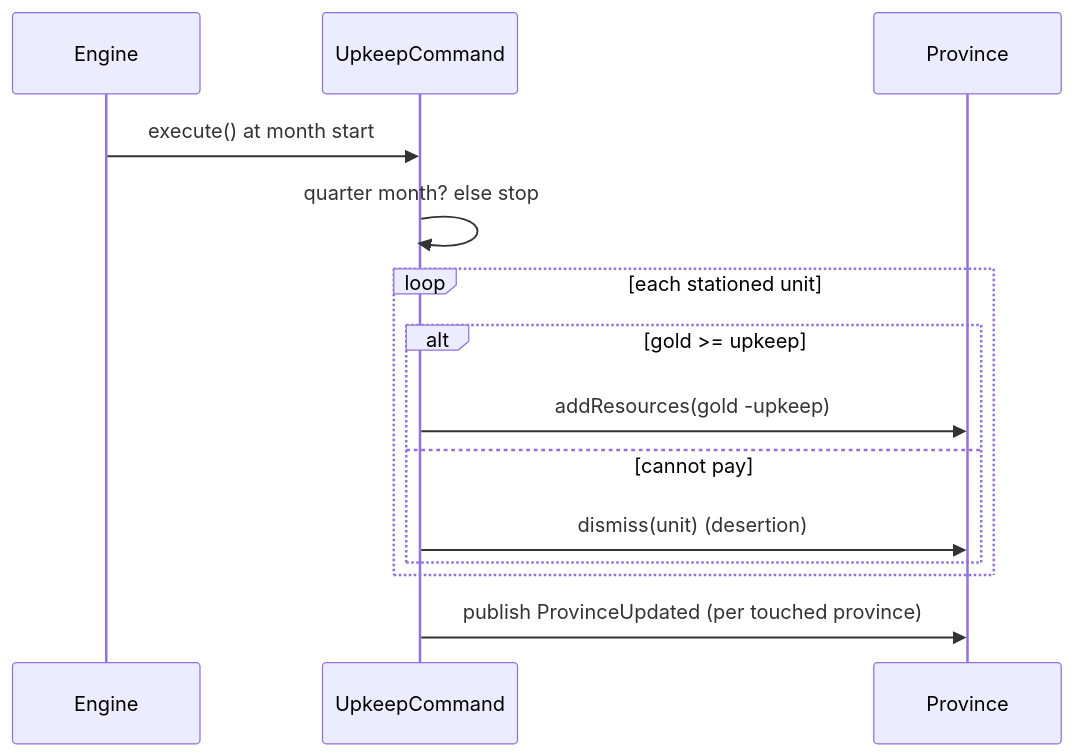
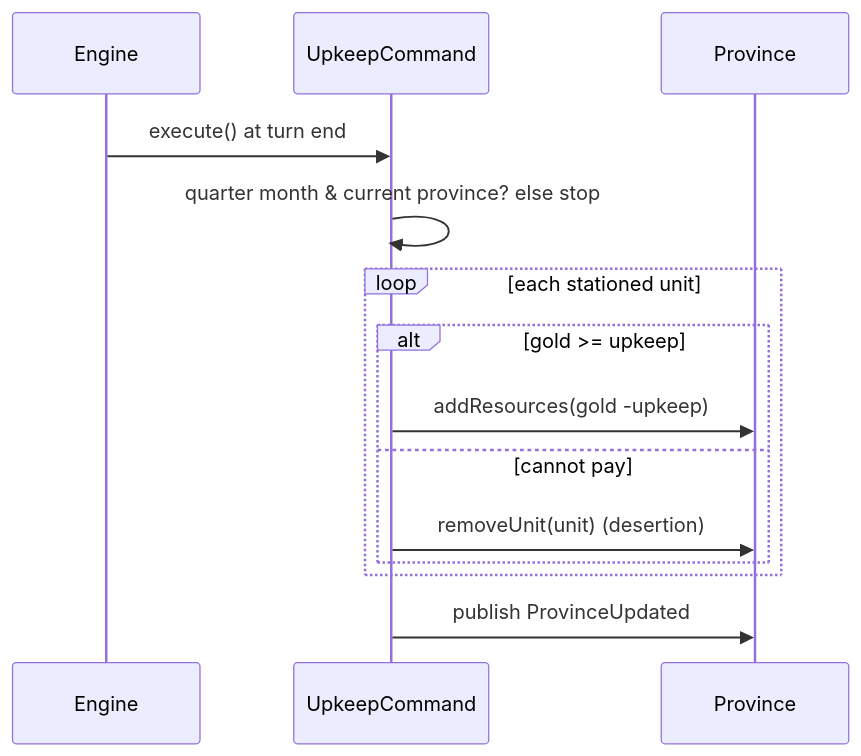
Before and after one commit to pslotinsky/kunstkamera: the fourth of 4 diagrams in gemfire/docs/design/06-fifth-units.md, drawn with Mermaid. The commit also changed other lines of this file and 4 other files, not shown here.

````diff
--- a/gemfire/docs/design/06-fifth-units.md
+++ b/gemfire/docs/design/06-fifth-units.md
@@ -159,16 +159,16 @@
 ```mermaid
 sequenceDiagram
   participant Engine
   participant Up as UpkeepCommand
   participant Prov as Province
-  Engine->>Up: execute() at month start
-  Up->>Up: quarter month? else stop
+  Engine->>Up: execute() at turn end
+  Up->>Up: quarter month & current province? else stop
   loop each stationed unit
     alt gold >= upkeep
       Up->>Prov: addResources(gold -upkeep)
     else cannot pay
-      Up->>Prov: dismiss(unit) (desertion)
+      Up->>Prov: removeUnit(unit) (desertion)
     end
   end
-  Up->>Prov: publish ProvinceUpdated (per touched province)
+  Up->>Prov: publish ProvinceUpdated
 ```
````
